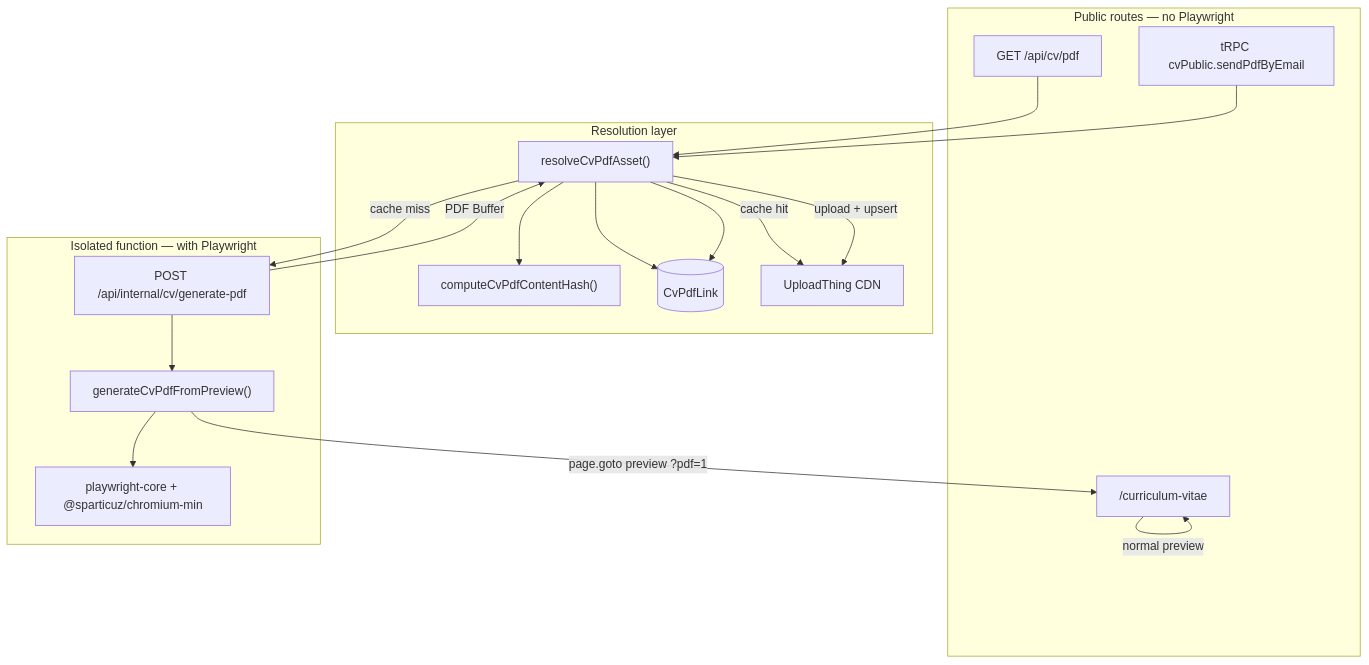
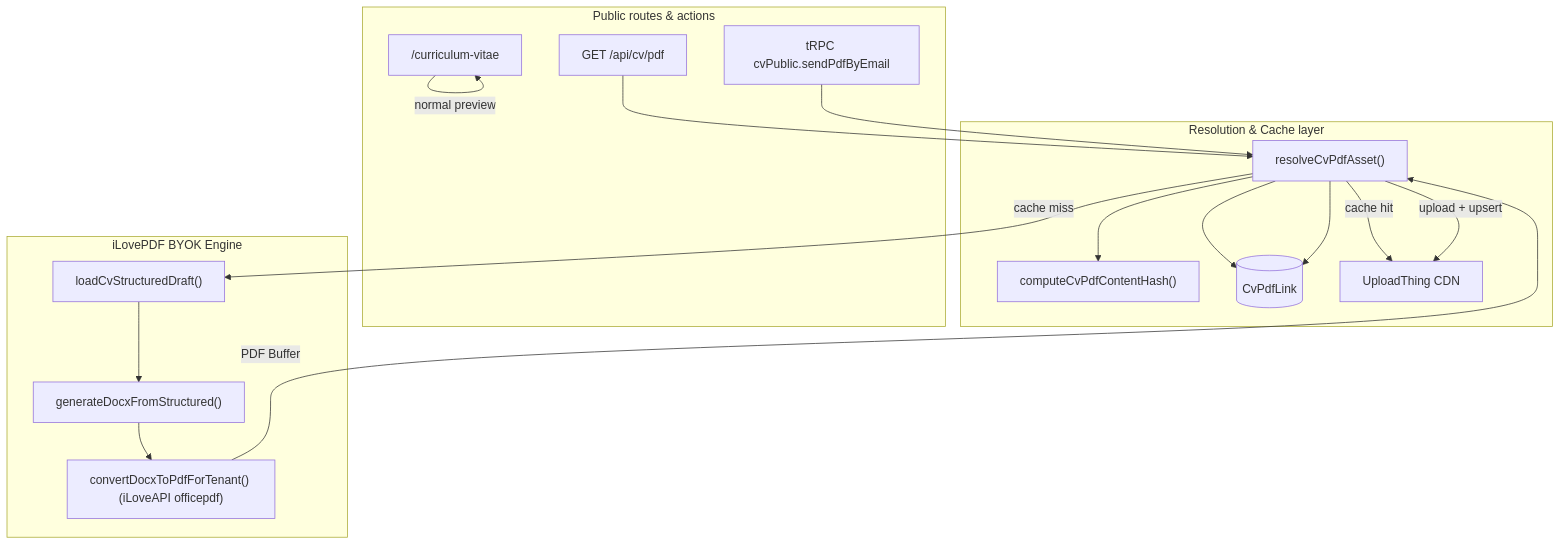
Before and after one commit to jesushg-dev/portfolio-v2: the diagram in docs/cv-pdf.md, drawn with Mermaid. The commit also changed other lines of this file and 34 other files, not shown here.

Commit message:
feat(integrations): migrate pdf engine to ilovepdf byok and purge legacy fragile solutions

````diff
--- a/docs/cv-pdf.md
+++ b/docs/cv-pdf.md
@@ -15,34 +16,34 @@
 ```mermaid
 flowchart TB
-  subgraph public [Public routes — no Playwright]
+  subgraph public [Public routes & actions]
     UI["/curriculum-vitae"]
     DL["GET /api/cv/pdf"]
     TRPC["tRPC cvPublic.sendPdfByEmail"]
   end
 
-  subgraph resolver [Resolution layer]
+  subgraph resolver [Resolution & Cache layer]
     RES["resolveCvPdfAsset()"]
     HASH["computeCvPdfContentHash()"]
     DB[("CvPdfLink")]
     UT["UploadThing CDN"]
   end
 
-  subgraph generator [Isolated function — with Playwright]
-    INT["POST /api/internal/cv/generate-pdf"]
-    PW["generateCvPdfFromPreview()"]
-    CHR["playwright-core + @sparticuz/chromium-min"]
+  subgraph engine [iLovePDF BYOK Engine]
+    DRAFT["loadCvStructuredDraft()"]
+    DOCX["generateDocxFromStructured()"]
+    ILOVE["convertDocxToPdfForTenant() (iLoveAPI officepdf)"]
   end
 
   UI -->|"normal preview"| UI
   DL --> RES
   TRPC --> RES
   RES --> HASH
   RES --> DB
   RES -->|"cache hit"| UT
-  RES -->|"cache miss"| INT
-  INT --> PW --> CHR
-  PW -->|"page.goto preview ?pdf=1"| UI
-  INT -->|"PDF Buffer"| RES
+  RES -->|"cache miss"| DRAFT
+  DRAFT --> DOCX
+  DOCX --> ILOVE
+  ILOVE -->|"PDF Buffer"| RES
   RES -->|"upload + upsert"| UT
   RES --> DB
 ```
````
